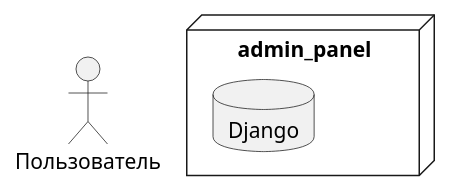
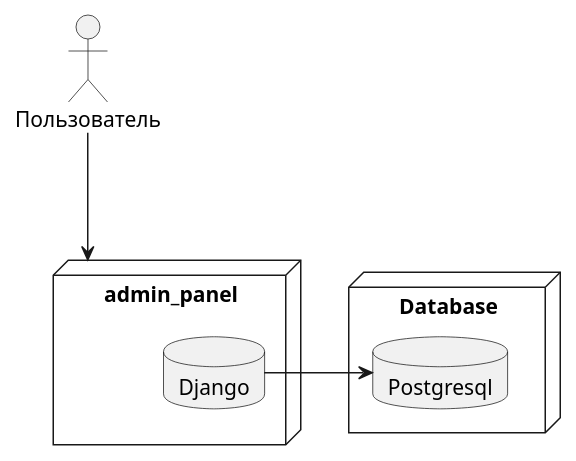
One commit to iliazaraysky/notifications_sprint_1 changed the diagram in notification_schema.puml. Above: the diagram before and after it, drawn with PlantUML. The commit also changed 8 other files, not shown here.

Commit message:
Настраиваю admin panel.  Django + Postgres

```diff
--- a/notification_schema.puml
+++ b/notification_schema.puml
@@ -1,8 +1,16 @@
 @startuml
 skinparam componentStyle uml2
 actor Пользователь
 
 node admin_panel{
     database Django
 }
+
+node Database{
+    database Postgresql
+}
+
+Пользователь -down--> admin_panel
+Django -right-> Postgresql
+
 @enduml
```
